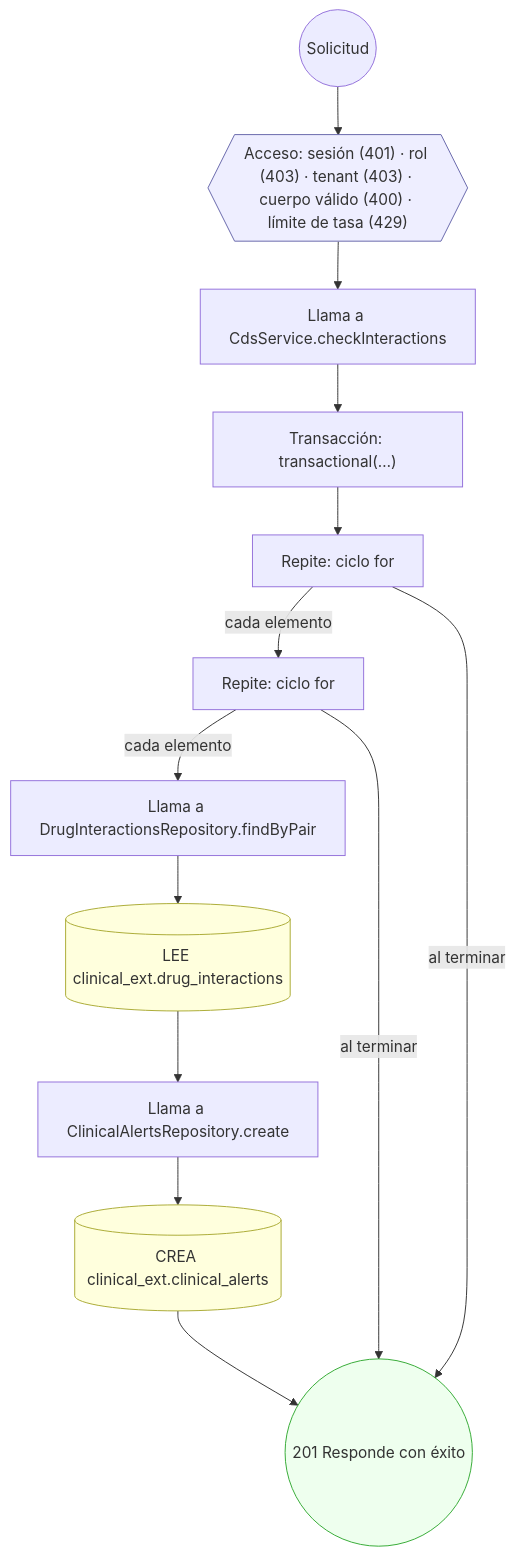
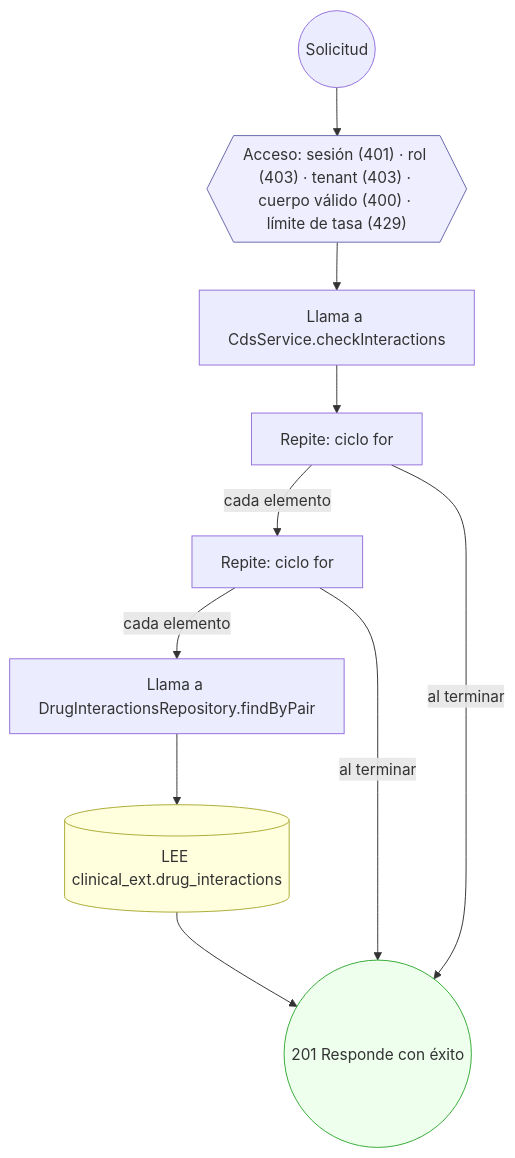
One commit to mdavila-2001/mantra-core-health-api changed the tenth of 24 diagrams in docs/inventario/flujos/clinical_ext.md. Above: the diagram before and after it, drawn with Mermaid. The commit also changed other lines of this file and 451 other files, not shown here.

````diff
--- a/docs/inventario/flujos/clinical_ext.md
+++ b/docs/inventario/flujos/clinical_ext.md
@@ -617,32 +712,26 @@
 ```mermaid
 flowchart TD
   n1(("Solicitud")):::inicio
   n2{{"Acceso: sesión (401) · rol (403) · tenant (403) · cuerpo válido (400) · límite de tasa (429)"}}:::acceso
   n1 --> n2
   n3["Llama a CdsService.checkInteractions"]:::llamada
   n2 --> n3
-  n4["Transacción: transactional(…)"]:::transaccion
+  n4["Repite: ciclo for"]:::bucle
   n3 --> n4
   n5["Repite: ciclo for"]:::bucle
-  n4 --> n5
-  n6["Repite: ciclo for"]:::bucle
+  n4 -->|"cada elemento"| n5
+  n6["Llama a DrugInteractionsRepository.findByPair"]:::llamada
   n5 -->|"cada elemento"| n6
-  n7["Llama a DrugInteractionsRepository.findByPair"]:::llamada
-  n6 -->|"cada elemento"| n7
-  n8[("LEE clinical_ext.drug_interactions")]:::efecto
+  n7[("LEE clinical_ext.drug_interactions")]:::efecto
+  n6 --> n7
+  n8(("201 Responde con éxito")):::ok
   n7 --> n8
-  n9["Llama a ClinicalAlertsRepository.create"]:::llamada
-  n8 --> n9
-  n10[("CREA clinical_ext.clinical_alerts")]:::efecto
-  n9 --> n10
-  n11(("201 Responde con éxito")):::ok
-  n10 --> n11
-  n6 -->|"al terminar"| n11
-  n5 -->|"al terminar"| n11
+  n5 -->|"al terminar"| n8
+  n4 -->|"al terminar"| n8
   classDef acceso fill:#eef,stroke:#66a
   classDef error fill:#fee,stroke:#c33
   classDef ok fill:#efe,stroke:#3a3
   classDef efecto fill:#ffd,stroke:#aa3
   classDef decision fill:#fff,stroke:#555
   classDef corte fill:#eee,stroke:#999,stroke-dasharray: 4
 ```
````
